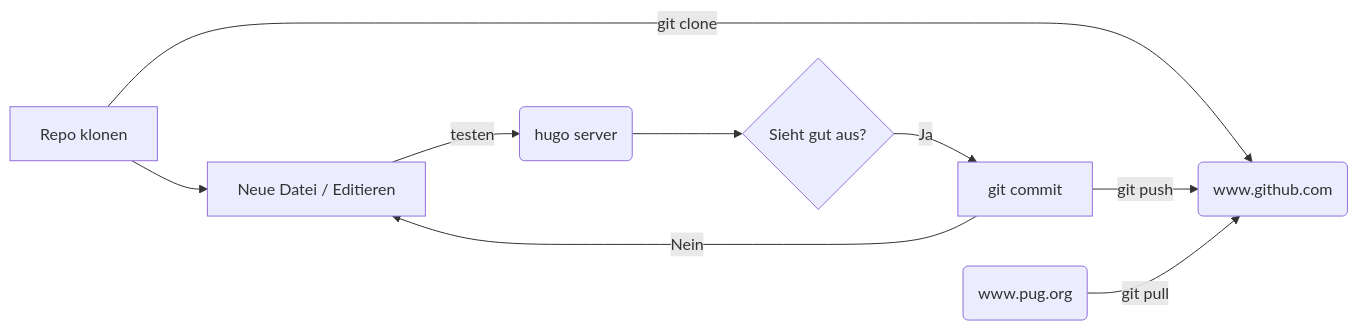
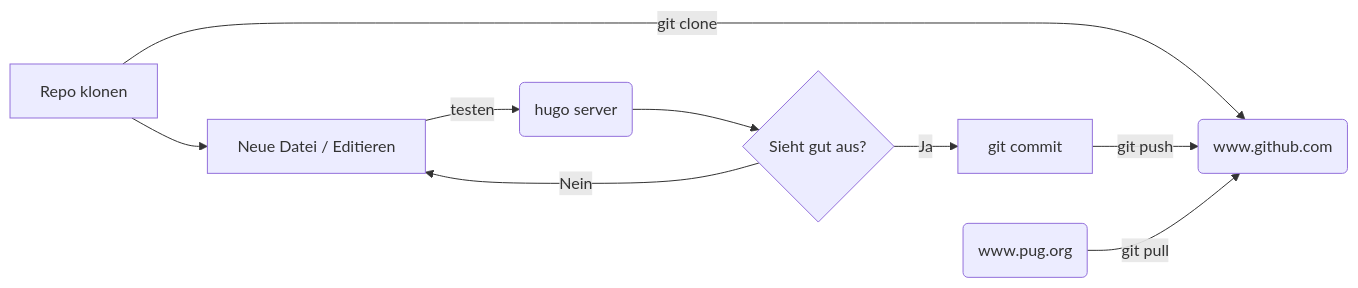
Before and after one commit to linuxmail/www.pug.org: the diagram in content/mitmachen.md, drawn with Mermaid.

Commit message:
Fix in Grafik

```diff
--- a/content/mitmachen.md
+++ b/content/mitmachen.md
@@ -19,13 +19,13 @@
 {{<mermaid align="center">}}
     graph LR;
     A[Repo klonen]-->|git clone| H
     A --> B
     B[Neue Datei / Editieren] -->|testen| C(hugo server)
     C--> D{Sieht gut aus?}
     D-->|Ja| E[push to git]
-    E-->|Nein| B
+    D-->|Nein| B
     E[git commit] -->|git push| H
     H(www.github.com)
     G(www.pug.org)
     G -->|git pull| H
 {{< /mermaid >}}
```
